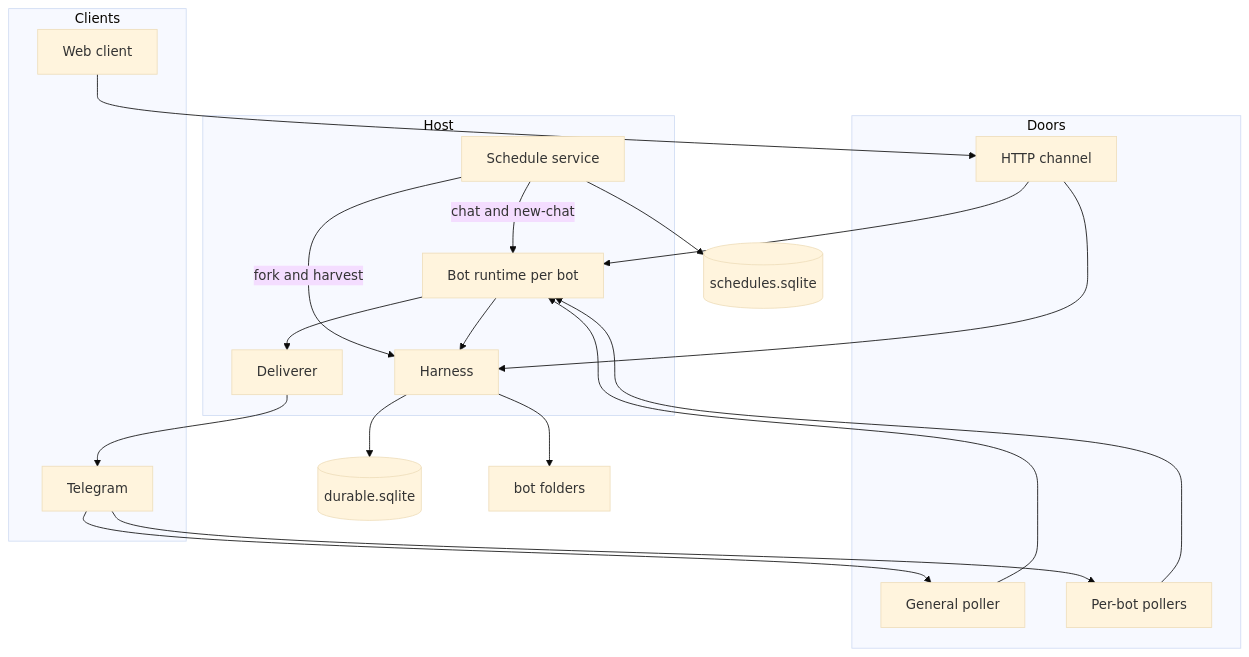
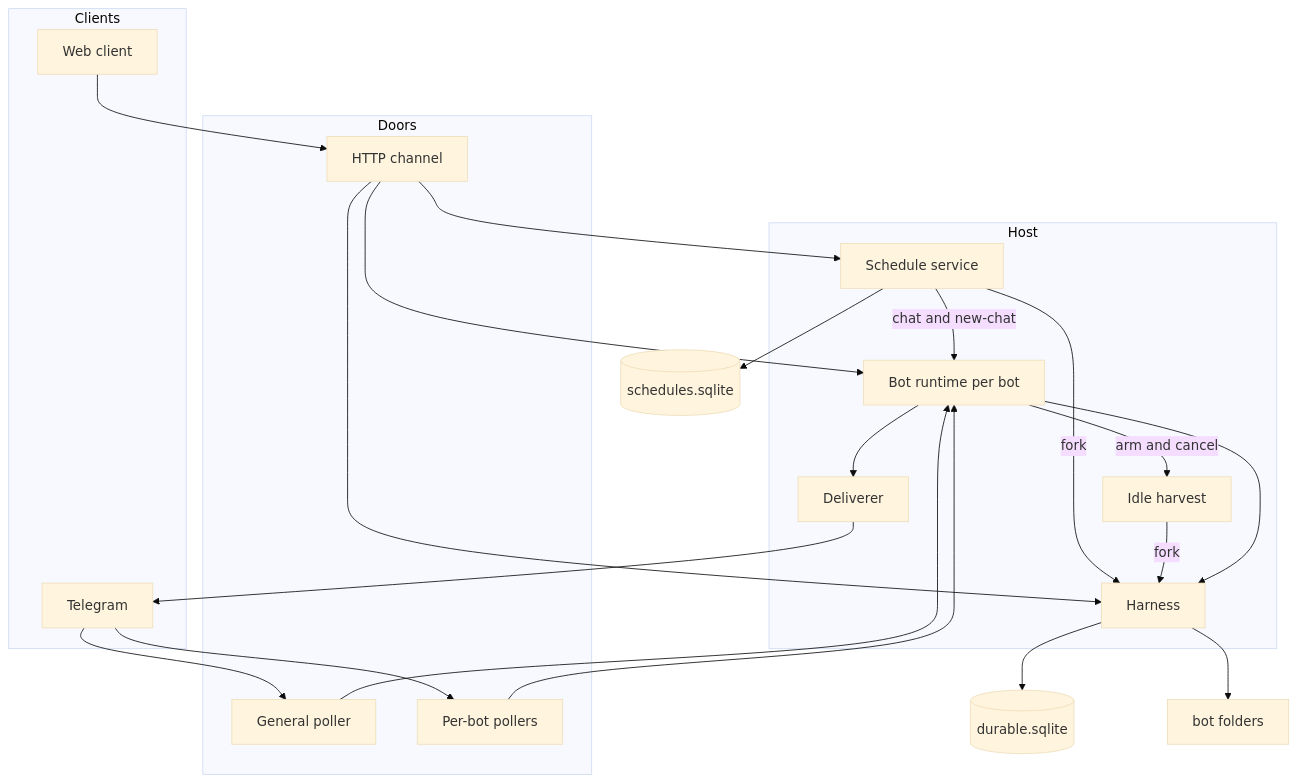
Before and after one commit to liorm/cadmus: the diagram in docs/architecture.md, drawn with Mermaid (base theme). The commit also changed other lines of this file and 9 other files, not shown here.

````diff
--- a/docs/architecture.md
+++ b/docs/architecture.md
@@ -13,37 +14,41 @@
 ```mermaid
 flowchart TB
   subgraph clients [Clients]
     UI[Web client]
     TGUser[Telegram]
   end
 
   subgraph doors [Doors]
     HTTP[HTTP channel]
     PollG[General poller]
     PollB[Per-bot pollers]
   end
 
   subgraph host [Host]
     RT[Bot runtime per bot]
     Del[Deliverer]
     Sch[Schedule service]
+    Hrv[Idle harvest]
     Har[Harness]
   end
 
   UI --> HTTP
   TGUser --> PollG
   TGUser --> PollB
   HTTP --> RT
   PollG --> RT
   PollB --> RT
   Sch -->|chat and new-chat| RT
-  Sch -->|fork and harvest| Har
+  Sch -->|fork| Har
+  RT -->|arm and cancel| Hrv
+  Hrv -->|fork| Har
   RT --> Har
   RT --> Del
   Del --> TGUser
   HTTP --> Har
+  HTTP --> Sch
 
   Har --> DB[(durable.sqlite)]
   Sch --> Side[(schedules.sqlite)]
   Har --> Files[bot folders]
 ```
````
